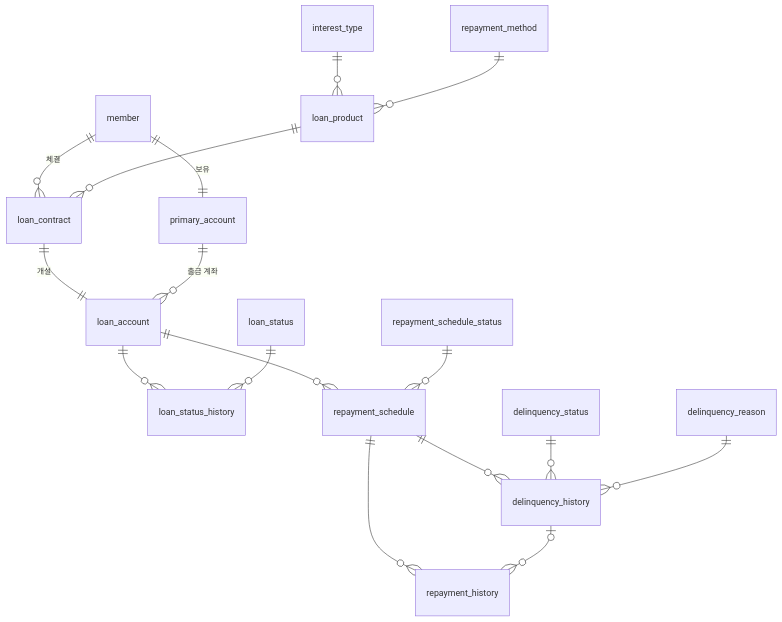
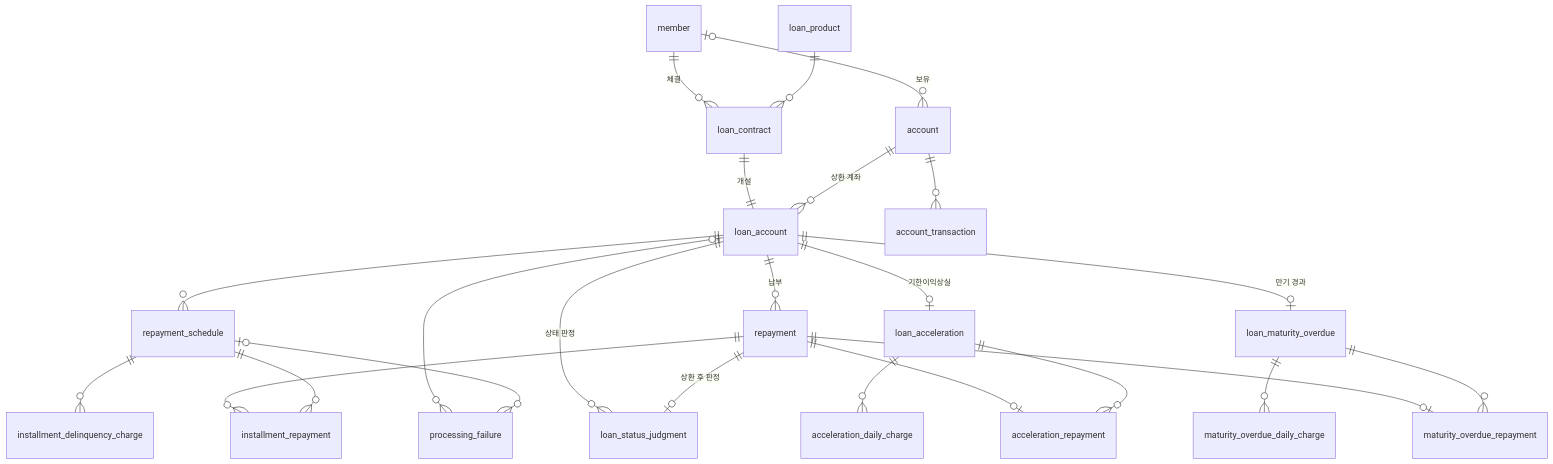
Before and after one commit to Loan-Repayment-System/repayment-backend: the diagram in docs/erd.md, drawn with Mermaid. The commit also changed other lines of this file and 7 other files, not shown here.

````diff
--- a/docs/erd.md
+++ b/docs/erd.md
@@ -31,19 +41,26 @@
 ```mermaid
 erDiagram
-    member ||--|| primary_account : "보유"
+    member |o--o{ account : "보유"
     member ||--o{ loan_contract : "체결"
-    interest_type ||--o{ loan_product : ""
-    repayment_method ||--o{ loan_product : ""
     loan_product ||--o{ loan_contract : ""
     loan_contract ||--|| loan_account : "개설"
-    primary_account ||--o{ loan_account : "출금 계좌"
-    loan_account ||--o{ loan_status_history : ""
-    loan_status ||--o{ loan_status_history : ""
+    account ||--o{ loan_account : "상환 계좌"
+    account ||--o{ account_transaction : ""
     loan_account ||--o{ repayment_schedule : ""
-    repayment_schedule_status ||--o{ repayment_schedule : ""
-    repayment_schedule ||--o{ delinquency_history : ""
-    delinquency_status ||--o{ delinquency_history : ""
-    delinquency_reason ||--o{ delinquency_history : ""
-    repayment_schedule ||--o{ repayment_history : ""
-    delinquency_history |o--o{ repayment_history : ""
+    loan_account ||--o{ loan_status_judgment : "상태 판정"
+    repayment ||--o| loan_status_judgment : "상환 후 판정"
+    repayment_schedule ||--o{ installment_delinquency_charge : ""
+    loan_account ||--o| loan_acceleration : "기한이익상실"
+    loan_acceleration ||--o{ acceleration_daily_charge : ""
+    loan_account ||--o| loan_maturity_overdue : "만기 경과"
+    loan_maturity_overdue ||--o{ maturity_overdue_daily_charge : ""
+    loan_account ||--o{ repayment : "납부"
+    repayment ||--o{ installment_repayment : ""
+    repayment_schedule ||--o{ installment_repayment : ""
+    repayment ||--o| acceleration_repayment : ""
+    loan_acceleration ||--o{ acceleration_repayment : ""
+    repayment ||--o| maturity_overdue_repayment : ""
+    loan_maturity_overdue ||--o{ maturity_overdue_repayment : ""
+    loan_account |o--o{ processing_failure : ""
+    repayment_schedule |o--o{ processing_failure : ""
 ```
````
